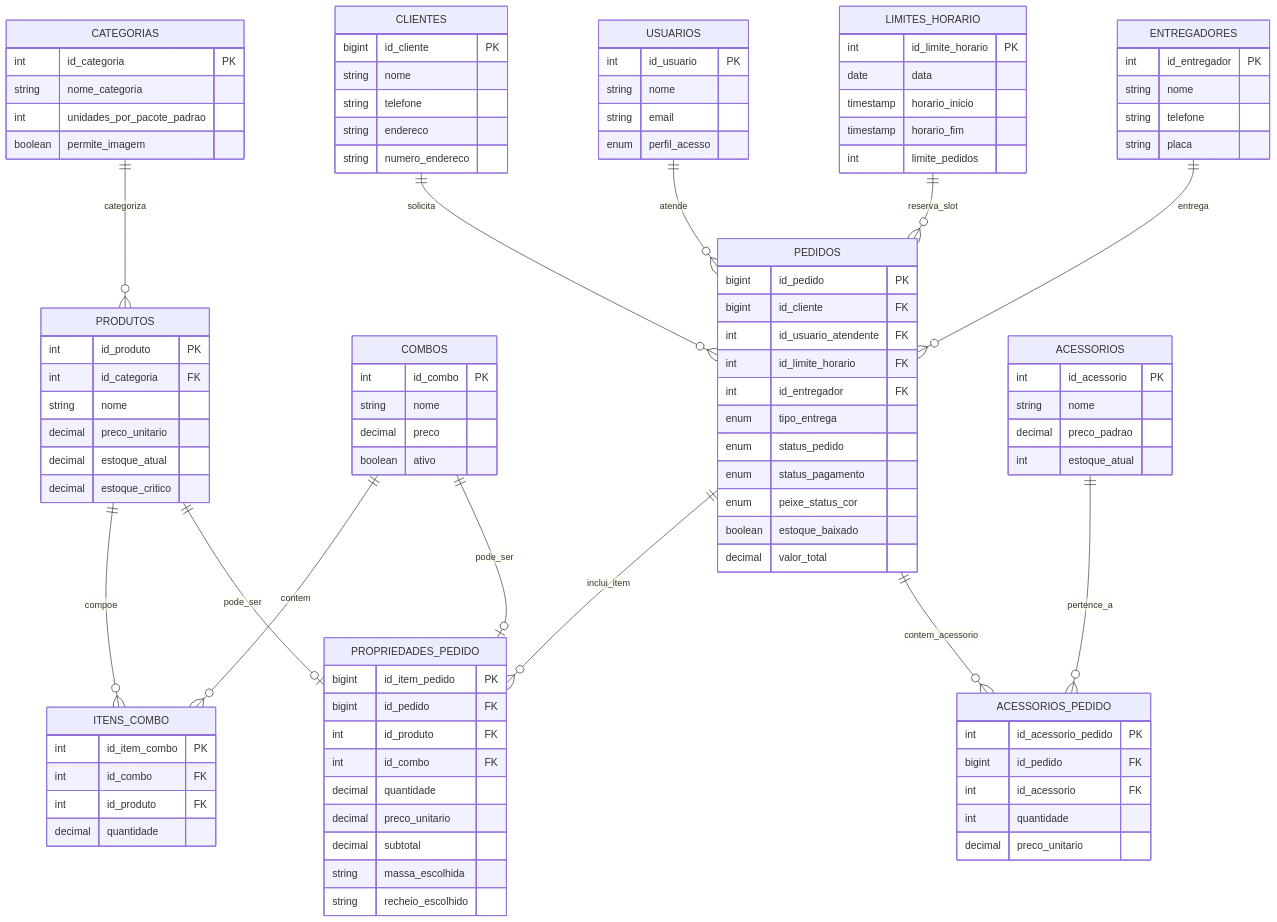
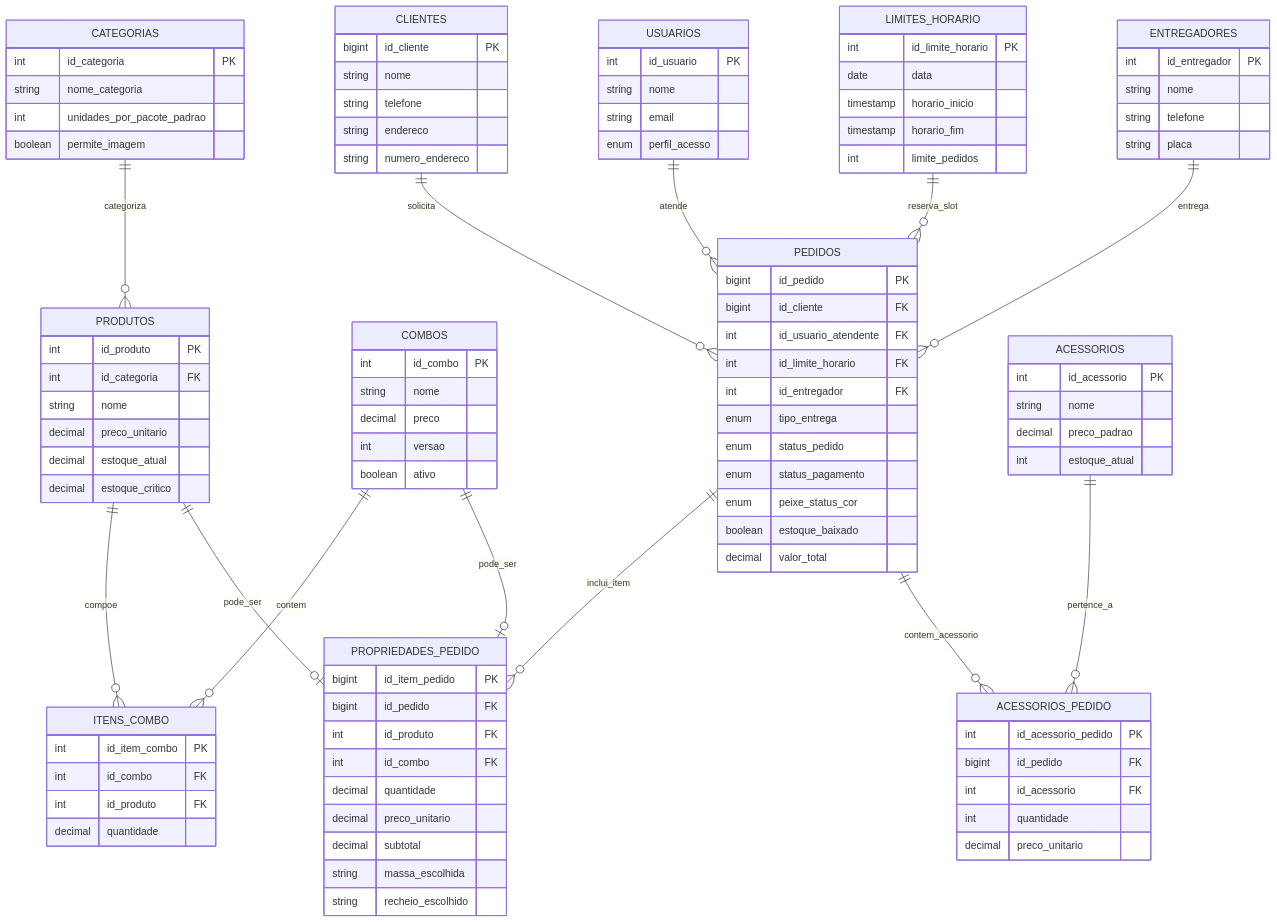
One commit to pijulipe/sistema-julipe changed the diagram in documentacao_bd/03_modelo_er_diagrama.md. Above: the diagram before and after it, drawn with Mermaid. The commit also changed other lines of this file and 21 other files, not shown here.

```diff
--- a/documentacao_bd/03_modelo_er_diagrama.md
+++ b/documentacao_bd/03_modelo_er_diagrama.md
@@ -56,6 +56,7 @@
         int id_combo PK
         string nome
         decimal preco
+        int versao
         boolean ativo
     }
 
```
